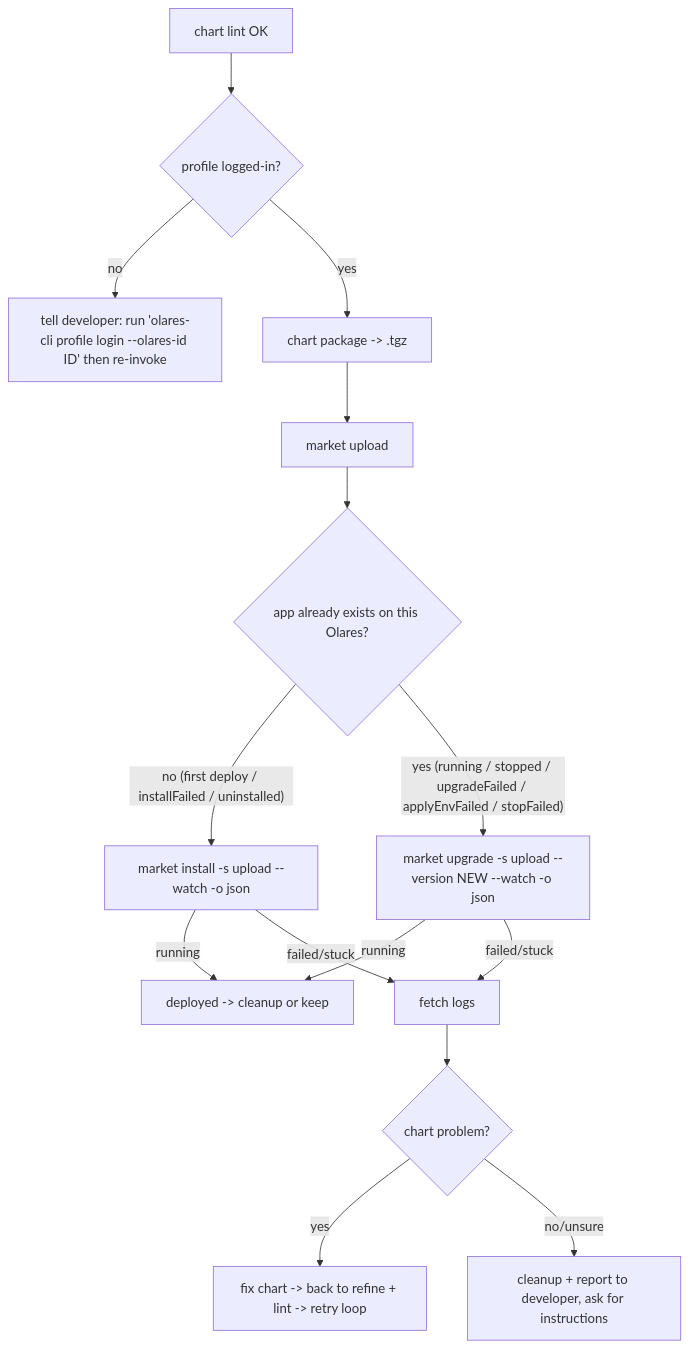
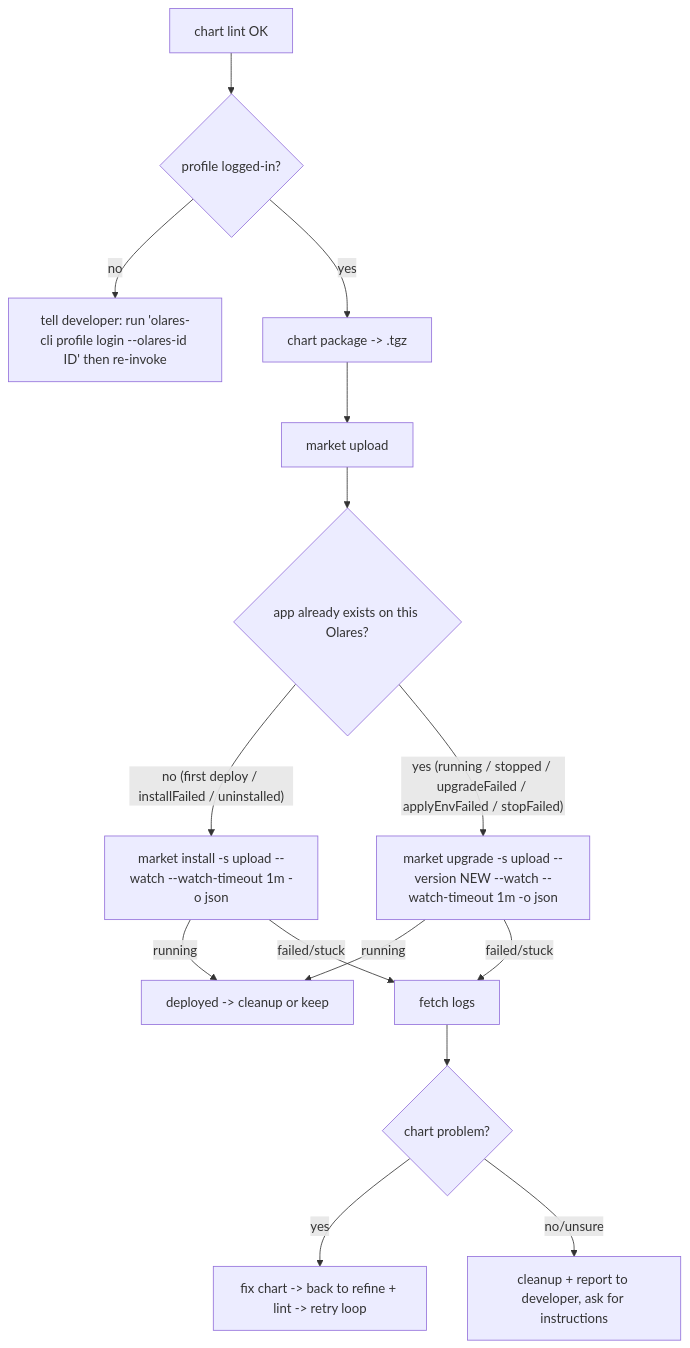
Before and after one commit to beclab/Olares: the diagram in cli/skills/olares-chart/references/olares-chart-deploy.md, drawn with Mermaid. The commit also changed other lines of this file and 52 other files, not shown here.

````diff
--- a/cli/skills/olares-chart/references/olares-chart-deploy.md
+++ b/cli/skills/olares-chart/references/olares-chart-deploy.md
@@ -10,17 +10,17 @@
 ```mermaid
 flowchart TD
   lintok["chart lint OK"] --> login{"profile logged-in?"}
   login -->|no| tell["tell developer: run 'olares-cli profile login --olares-id ID' then re-invoke"]
   login -->|yes| pkg["chart package -> .tgz"]
   pkg --> up["market upload"]
   up --> exists{"app already exists on this Olares?"}
-  exists -->|"no (first deploy / installFailed / uninstalled)"| inst["market install -s upload --watch -o json"]
-  exists -->|"yes (running / stopped / upgradeFailed / applyEnvFailed / stopFailed)"| upg["market upgrade -s upload --version NEW --watch -o json"]
+  exists -->|"no (first deploy / installFailed / uninstalled)"| inst["market install -s upload --watch --watch-timeout 1m -o json"]
+  exists -->|"yes (running / stopped / upgradeFailed / applyEnvFailed / stopFailed)"| upg["market upgrade -s upload --version NEW --watch --watch-timeout 1m -o json"]
   inst -->|running| done["deployed -> cleanup or keep"]
   upg -->|running| done
   upg -->|failed/stuck| diag
   inst -->|failed/stuck| diag["fetch logs"]
   diag --> isChart{"chart problem?"}
   isChart -->|yes| fix["fix chart -> back to refine + lint -> retry loop"]
   isChart -->|no/unsure| report["cleanup + report to developer, ask for instructions"]
 ```
````
